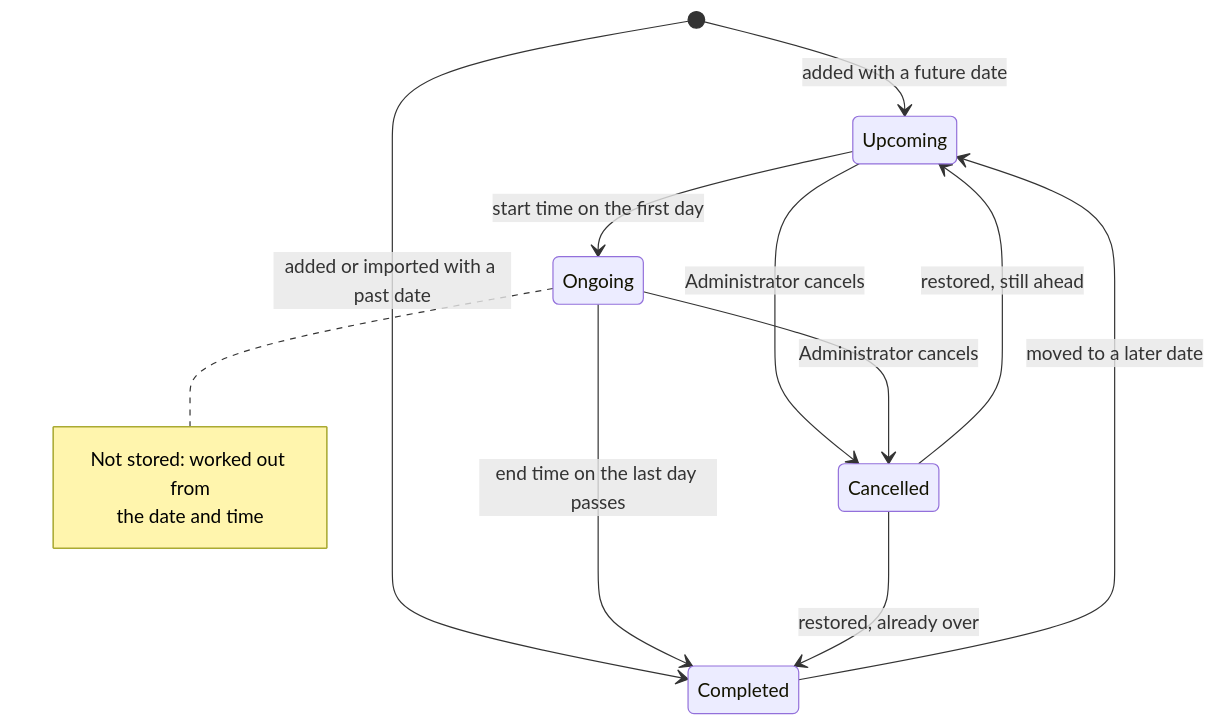
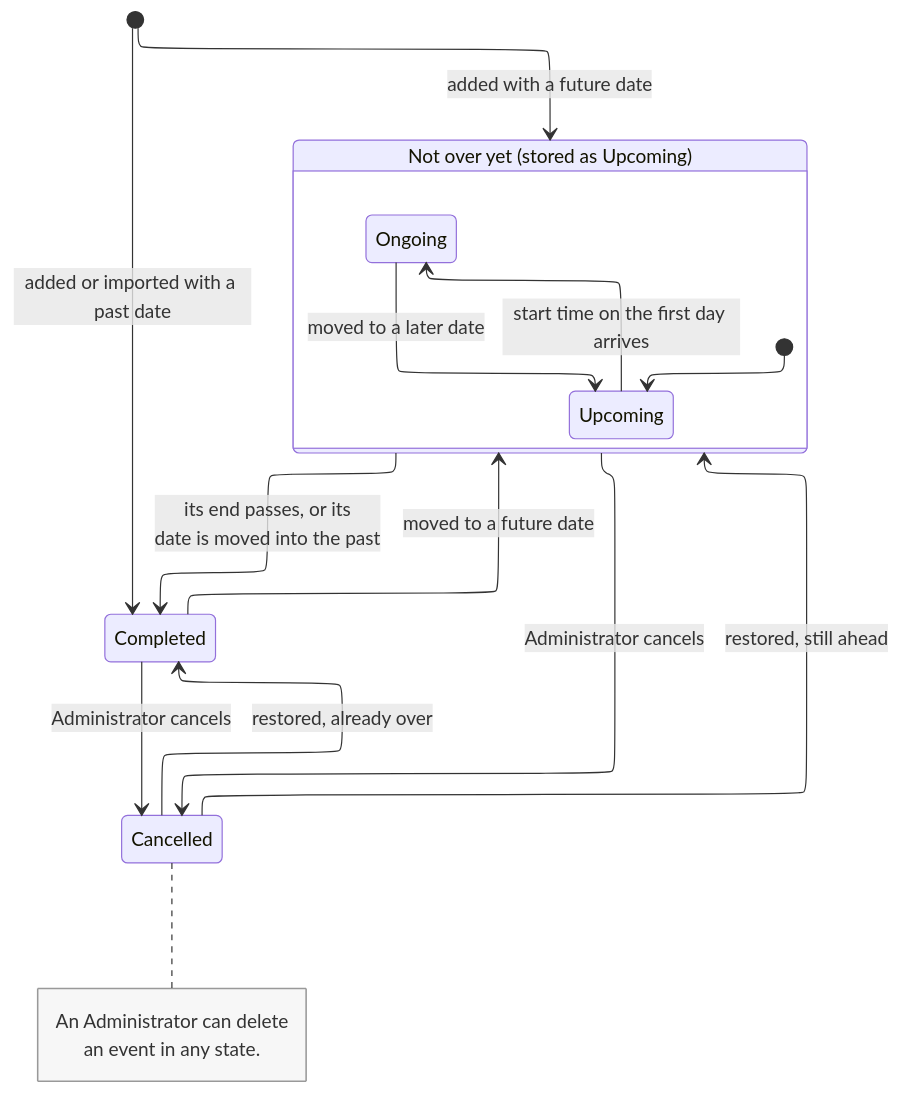
One commit to XyroneKyleYlanan/EMO-Tracker changed the fourth of 6 diagrams in docs/paper/CAPSTONE_PAPER_REFERENCE.md. Above: the diagram before and after it, drawn with Mermaid. The commit also changed other lines of this file and 54 other files, not shown here.

Commit message:
Review Chapter 3 diagrams and appendix screenshots: redraw diagrams, retake screenshots in role folders, add descriptions

````diff
--- a/docs/paper/CAPSTONE_PAPER_REFERENCE.md
+++ b/docs/paper/CAPSTONE_PAPER_REFERENCE.md
@@ -701,16 +694,28 @@
 ```mermaid
+---
+config:
+  layout: elk
+  themeVariables:
+    noteBkgColor: "#f7f7f7"
+    noteTextColor: "#333333"
+    noteBorderColor: "#999999"
+---
 stateDiagram-v2
-    [*] --> Upcoming : added with a future date
+    state "Not over yet (stored as Upcoming)" as Active {
+        [*] --> Upcoming
+        Upcoming --> Ongoing : start time on the first day arrives
+        Ongoing --> Upcoming : moved to a later date
+    }
+    [*] --> Active : added with a future date
     [*] --> Completed : added or imported with a past date
-    Upcoming --> Ongoing : start time on the first day
-    Ongoing --> Completed : end time on the last day passes
-    Upcoming --> Cancelled : Administrator cancels
-    Ongoing --> Cancelled : Administrator cancels
-    Cancelled --> Upcoming : restored, still ahead
+    Active --> Completed : its end passes, or its<br/>date is moved into the past
+    Completed --> Active : moved to a future date
+    Active --> Cancelled : Administrator cancels
+    Completed --> Cancelled : Administrator cancels
+    Cancelled --> Active : restored, still ahead
     Cancelled --> Completed : restored, already over
-    Completed --> Upcoming : moved to a later date
-    note right of Ongoing
-        Not stored: worked out from
-        the date and time
+    note right of Cancelled
+        An Administrator can delete
+        an event in any state.
     end note
 ```
````
